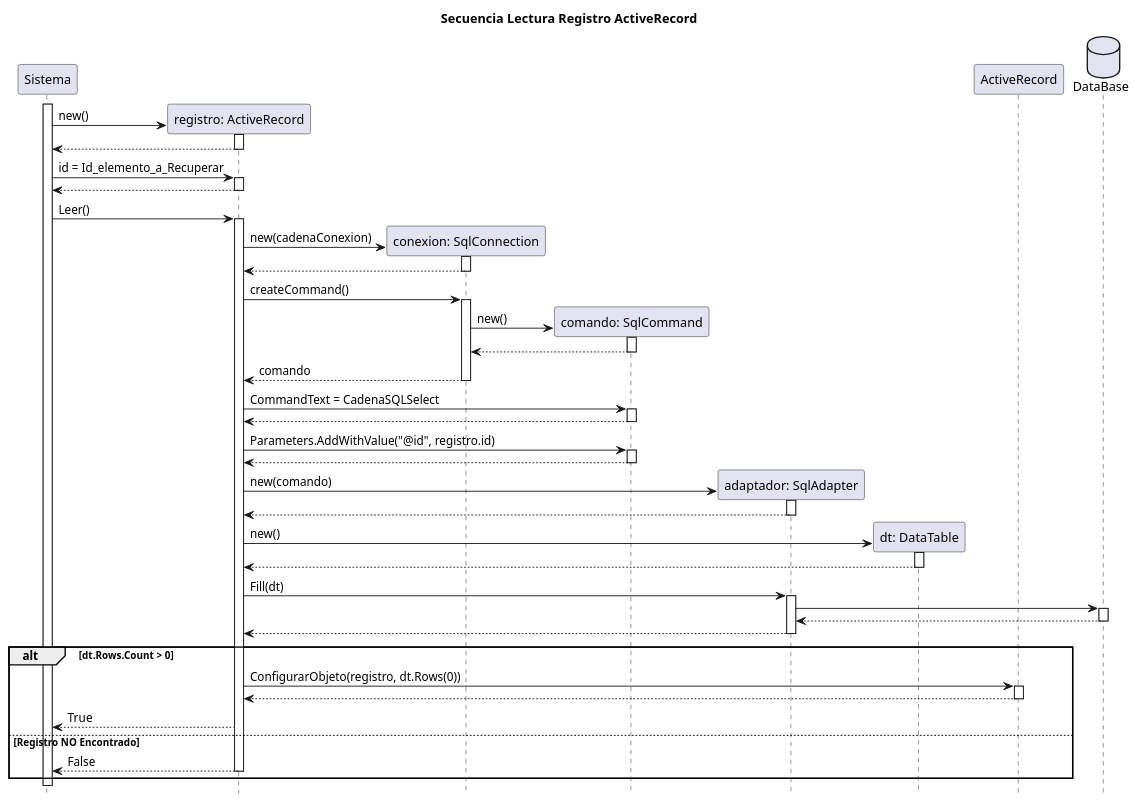
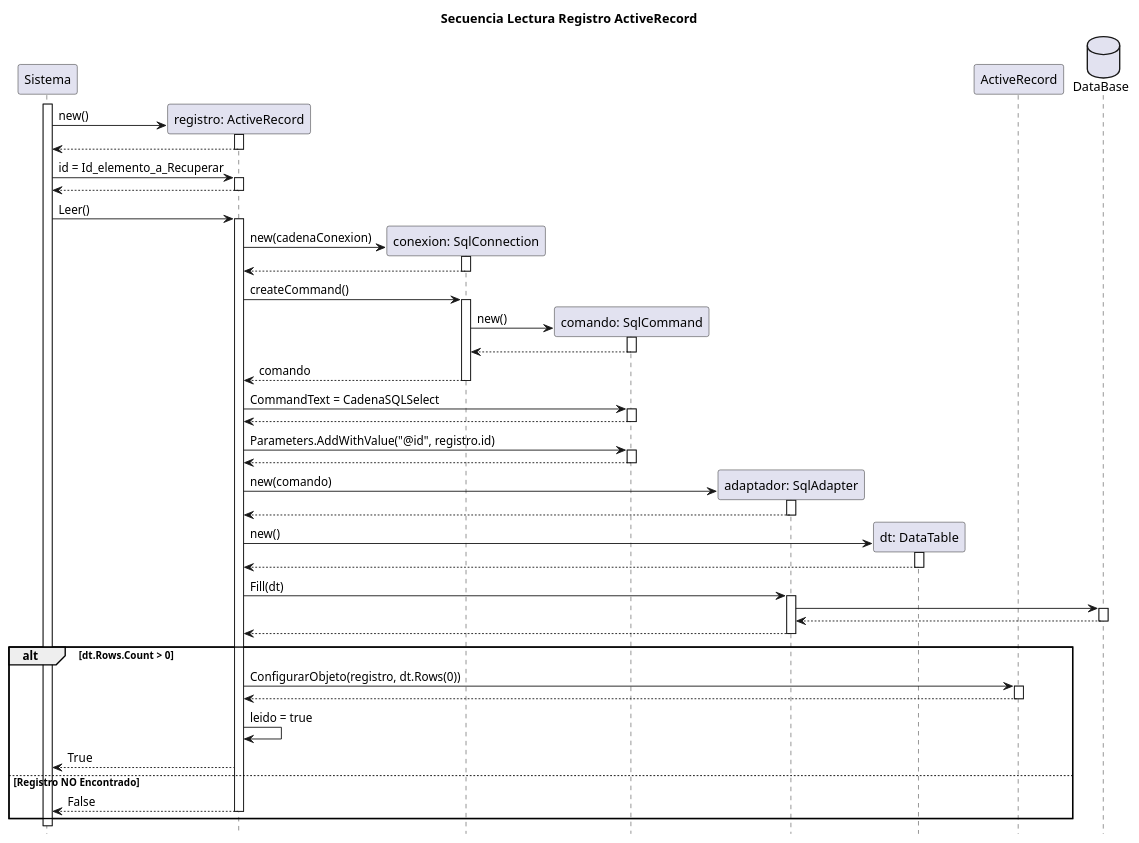
Before and after one commit to HoracioSerrano/SolucionEnterpriseMonolitica: the diagram in PlantUML/Diagramas de Secuencia/LecturaActiveRecord.plantuml, drawn with PlantUML.

Commit message:
Update LecturaActiveRecord.plantuml
Leido

```diff
--- a/PlantUML/Diagramas de Secuencia/LecturaActiveRecord.plantuml
+++ b/PlantUML/Diagramas de Secuencia/LecturaActiveRecord.plantuml
@@ -1,51 +1,52 @@
 @startuml Sequencia Lectura ActiveRecord
     title "Secuencia Lectura Registro ActiveRecord"
     hide footbox
     participant "Sistema" as sis 
     participant "registro: ActiveRecord" as reg
     participant "conexion: SqlConnection" as con
     participant "comando: SqlCommand" as cmd
     participant "adaptador: SqlAdapter" as adp
     participant "dt: DataTable" as dt
     participant "ActiveRecord" as class
     database "DataBase" as db
   
     activate sis
     create reg
     sis -> reg++: new()
     sis <-- reg--
     sis -> reg++: id = Id_elemento_a_Recuperar
     sis <-- reg--
     sis -> reg++: Leer()
     create con
     reg -> con++: new(cadenaConexion)
     reg <-- con--
     reg -> con++: createCommand()
     create cmd
     con -> cmd++: new()
     con <-- cmd--
     reg <-- con--: comando
     reg -> cmd++: CommandText = CadenaSQLSelect 
     reg <-- cmd--
     reg -> cmd++: Parameters.AddWithValue("@id", registro.id)
     reg <-- cmd--
     create adp
     reg -> adp++: new(comando)
     reg <-- adp--
     create dt
     reg -> dt++: new()
     reg <-- dt--
     reg -> adp++: Fill(dt)
     adp -> db++
     adp <-- db-- 
     reg <-- adp--
 
     alt dt.Rows.Count > 0
         reg -> class++: ConfigurarObjeto(registro, dt.Rows(0))
         reg <-- class--
+        reg -> reg: leido = true
         sis <-- reg: True
     else Registro NO Encontrado
         sis <-- reg--: False
     end
     
 @enduml
```
